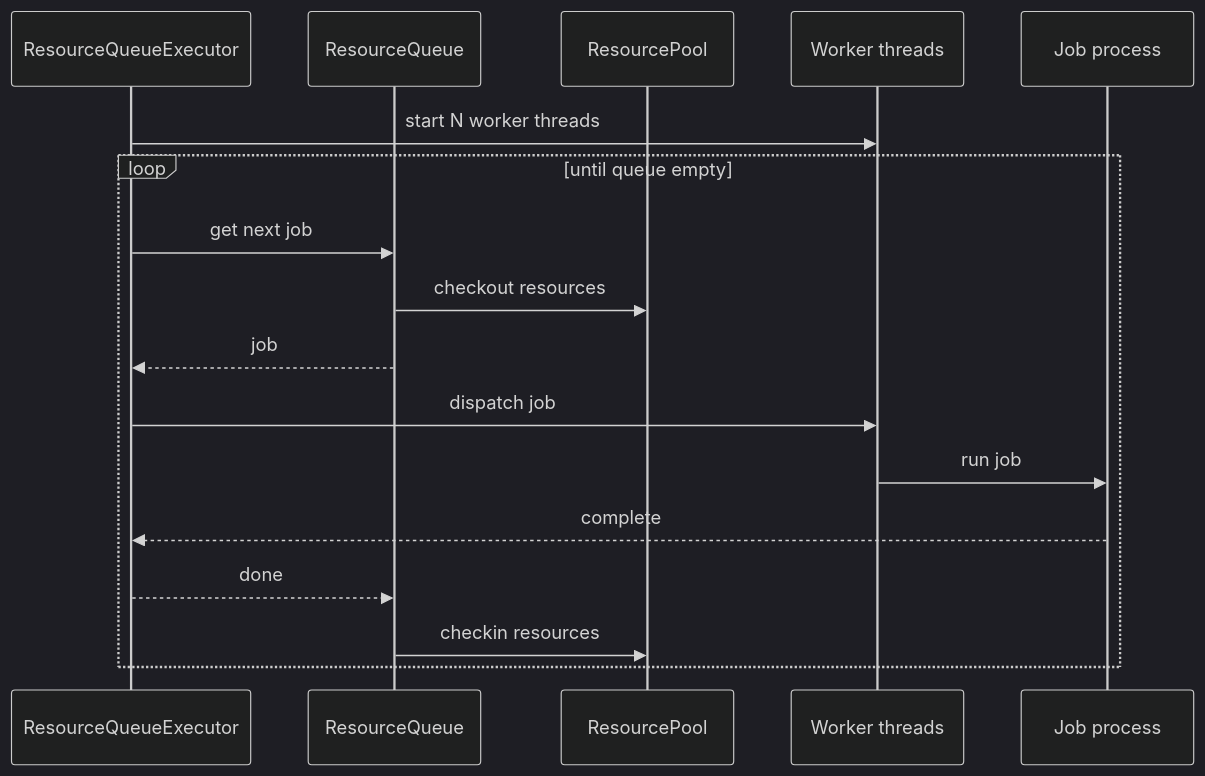
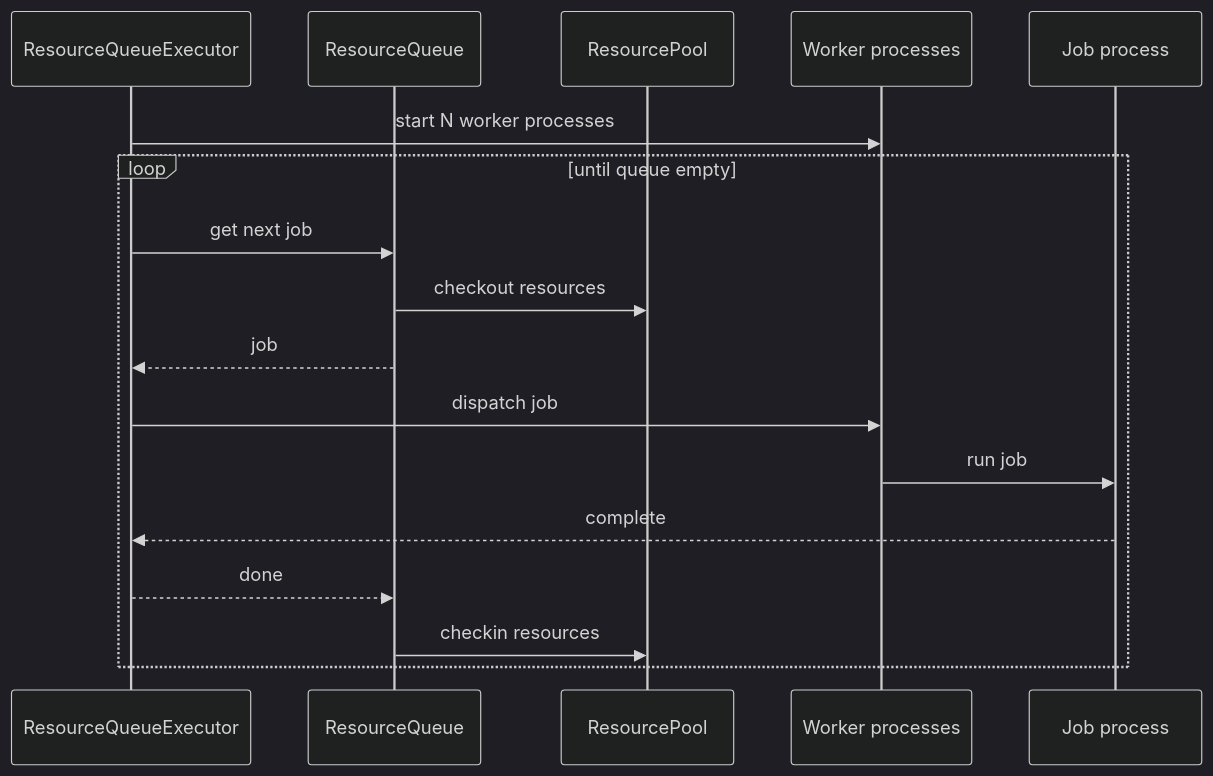
The diagram in docs/presentations/HL/source/core.together.rst (sandialabs/canary), drawn with Mermaid before and after one commit. The commit also changed 18 other files, not shown here.

```diff
--- a/docs/presentations/HL/source/core.together.rst
+++ b/docs/presentations/HL/source/core.together.rst
@@ -6,21 +6,21 @@
 .. mermaid::
 
    %%{init: {'theme': 'dark'} }%%
    sequenceDiagram
      participant Exec as ResourceQueueExecutor
      participant Q as ResourceQueue
      participant Pool as ResourcePool
-     participant W as Worker threads
+     participant W as Worker processes
      participant P as Job process
 
-     Exec->>W: start N worker threads
+     Exec->>W: start N worker processes
      loop until queue empty
        Exec->>Q: get next job
        Q->>Pool: checkout resources
        Q-->>Exec: job
        Exec->>W: dispatch job
        W->>P: run job
        P-->>Exec: complete
        Exec-->>Q: done
        Q->>Pool: checkin resources
      end
```
